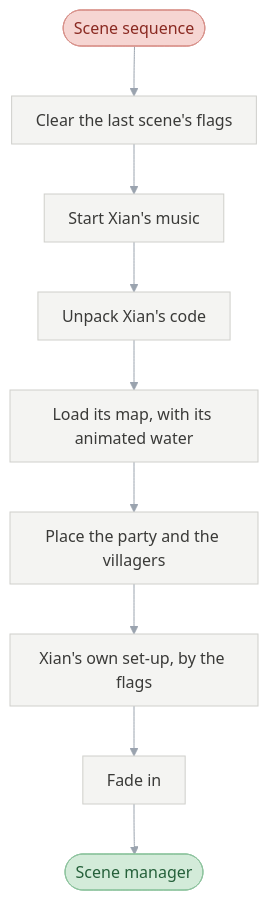
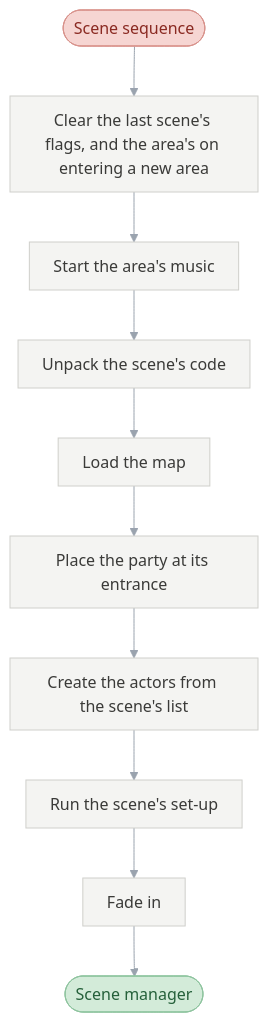
The fourth of 7 diagrams in games/tbs/README.md (PascalPixel/alchemy), drawn with Mermaid before and after one commit. The commit also changed other lines of this file, not shown here.

First line of the commit message:
☀️ Front page: a general chart for each part, then one from Xian

````diff
--- a/games/tbs/README.md
+++ b/games/tbs/README.md
@@ -87,15 +110,17 @@
 ```mermaid
 %%{init: {"theme": "base", "themeVariables": {"lineColor": "#9AA3AE", "edgeLabelBackground": "#FFFFFF"}, "flowchart": {"curve": "basis", "padding": 12}}}%%
 flowchart TD
-  pick(["Scene sequence"]) --> arrive["Clear the last scene's flags"] --> music["Start Xian's music"] --> code["Unpack Xian's code"]
-  code --> map["Load its map, with its animated water"] --> place["Place the party and the villagers"]
-  place --> own["Xian's own set-up, by the flags"] --> fade["Fade in"] --> run(["Scene manager"])
+  pick(["Scene sequence"]) --> arrive["Clear the last scene's flags, and the area's on entering a new area"]
+  arrive --> music["Start the area's music"] --> code["Unpack the scene's code"]
+  code --> map["Load the map"] --> place["Place the party at its entrance"]
+  place --> actors["Create the actors from the scene's list"] --> own["Run the scene's set-up"]
+  own --> fade["Fade in"] --> run(["Scene manager"])
   classDef sequenceManager fill:#DDE3EC,stroke:#8FA0B8,color:#2E3C50
   classDef sceneSequence fill:#F6D5D2,stroke:#D9928B,color:#8A2A22
   classDef sceneManager fill:#D3EBD9,stroke:#8DC49E,color:#25603A
   classDef request fill:#FBE7C6,stroke:#E0B46A,color:#7A5212
   classDef step fill:#F4F4F2,stroke:#CFCFCB,color:#3A3A38
   class pick sceneSequence
   class run sceneManager
-  class arrive,music,code,map,place,own,fade step
+  class arrive,music,code,map,place,actors,own,fade step
 ```
````
